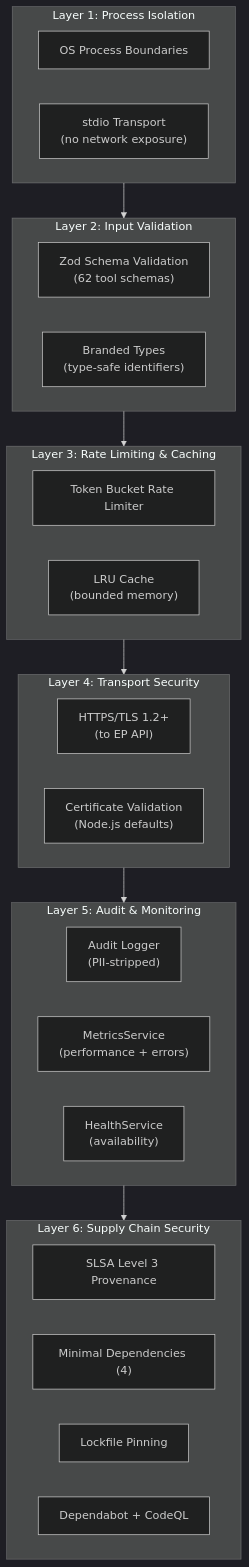
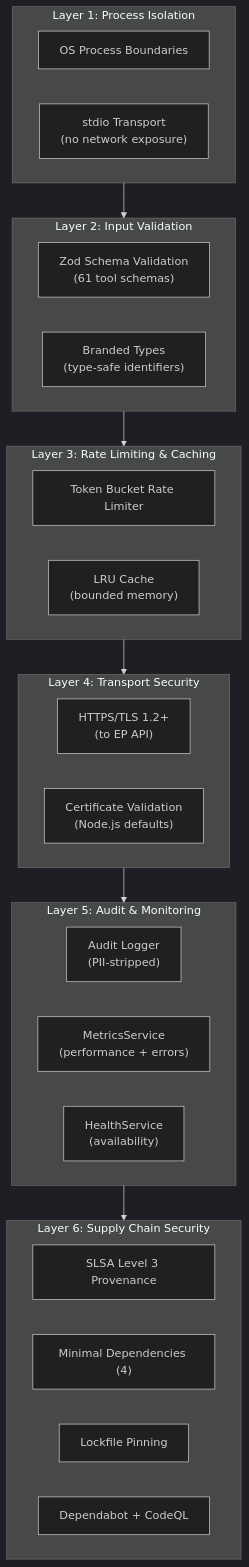
One commit to Hack23/European-Parliament-MCP-Server changed the tenth of 10 diagrams in SECURITY_ARCHITECTURE.md. Above: the diagram before and after it, drawn with Mermaid (dark theme). The commit also changed other lines of this file and 15 other files, not shown here.

Commit message:
docs: fix tool count 62→61 (correct actual withCategory invocations), fix component diagram with feed tools

````diff
--- a/SECURITY_ARCHITECTURE.md
+++ b/SECURITY_ARCHITECTURE.md
@@ -664,37 +664,37 @@
 ```mermaid
 flowchart TD
     subgraph Layer1["Layer 1: Process Isolation"]
         OS["OS Process Boundaries"]
         STDIO["stdio Transport\n(no network exposure)"]
     end
 
     subgraph Layer2["Layer 2: Input Validation"]
-        ZOD["Zod Schema Validation\n(62 tool schemas)"]
+        ZOD["Zod Schema Validation\n(61 tool schemas)"]
         BT["Branded Types\n(type-safe identifiers)"]
     end
 
     subgraph Layer3["Layer 3: Rate Limiting & Caching"]
         RL["Token Bucket Rate Limiter"]
         LRU["LRU Cache\n(bounded memory)"]
     end
 
     subgraph Layer4["Layer 4: Transport Security"]
         TLS["HTTPS/TLS 1.2+\n(to EP API)"]
         CERT["Certificate Validation\n(Node.js defaults)"]
     end
 
     subgraph Layer5["Layer 5: Audit & Monitoring"]
         AUDIT["Audit Logger\n(PII-stripped)"]
         METRICS["MetricsService\n(performance + errors)"]
         HEALTH["HealthService\n(availability)"]
     end
 
     subgraph Layer6["Layer 6: Supply Chain Security"]
         SLSA["SLSA Level 3 Provenance"]
         DEPS["Minimal Dependencies (4)"]
         LOCK["Lockfile Pinning"]
         SCAN["Dependabot + CodeQL"]
     end
 
     Layer1 --> Layer2 --> Layer3 --> Layer4 --> Layer5 --> Layer6
 ```
````
